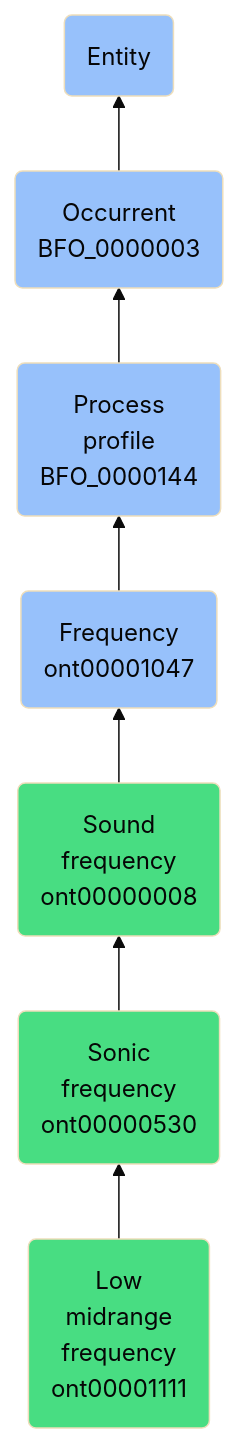
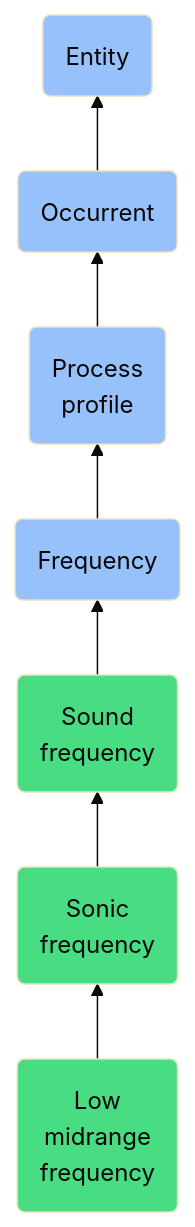
Before and after one commit to jupyter-naas/abi: the diagram in docs/ontology/reference/model/Entity/Occurrent/Process profile/Frequency/Sound frequency/Sonic frequency/Low midrange frequency/Low midrange frequency.md, drawn with Mermaid (base theme). The commit also changed other lines of this file and 1430 other files, not shown here.

````diff
--- a/docs/ontology/reference/model/Entity/Occurrent/Process profile/Frequency/Sound frequency/Sonic frequency/Low midrange frequency/Low midrange frequency.md
+++ b/docs/ontology/reference/model/Entity/Occurrent/Process profile/Frequency/Sound frequency/Sonic frequency/Low midrange frequency/Low midrange frequency.md
@@ -24,14 +24,14 @@
 ```mermaid
 graph BT
-    ont00001111(Low<br>midrange<br>frequency<br>ont00001111):::ABI-->ont00000530
-    ont00000530(Sonic<br>frequency<br>ont00000530):::ABI-->ont00000008
-    ont00000008(Sound<br>frequency<br>ont00000008):::ABI-->ont00001047
-    ont00001047(Frequency<br>ont00001047):::BFO-->BFO_0000144
-    BFO_0000144(Process<br>profile<br>BFO_0000144):::BFO-->BFO_0000003
-    BFO_0000003(Occurrent<br>BFO_0000003):::BFO-->BFO_0000001
+    ont00001111(Low<br>midrange<br>frequency):::ABI-->ont00000530
+    ont00000530(Sonic<br>frequency):::ABI-->ont00000008
+    ont00000008(Sound<br>frequency):::ABI-->ont00001047
+    ont00001047(Frequency):::BFO-->BFO_0000144
+    BFO_0000144(Process<br>profile):::BFO-->BFO_0000003
+    BFO_0000003(Occurrent):::BFO-->BFO_0000001
     BFO_0000001(Entity):::BFO
     
     classDef BFO fill:#97c1fb,color:#060606
     classDef CCO fill:#e4c51e,color:#060606
     classDef ABI fill:#48DD82,color:#060606
 ```
````
